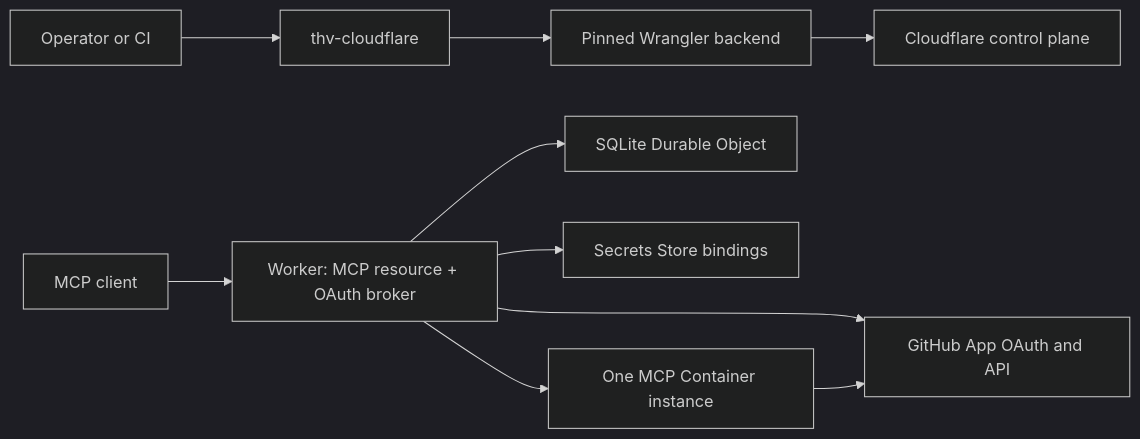
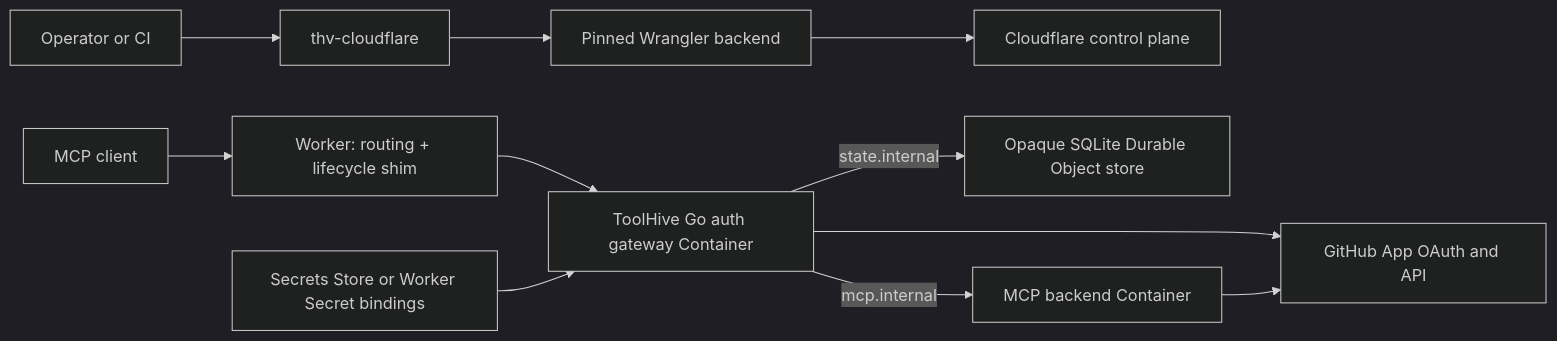
One commit to stacklok/toolhive-rfcs changed the first of 3 diagrams in rfcs/THV-0082-cloudflare-deployment.md. Above: the diagram before and after it, drawn with Mermaid (dark theme). The commit also changed other lines of this file, not shown here.

````diff
--- a/rfcs/THV-0082-cloudflare-deployment.md
+++ b/rfcs/THV-0082-cloudflare-deployment.md
@@ -119,13 +155,14 @@
 ```mermaid
 flowchart LR
     Operator["Operator or CI"] --> CLI["thv-cloudflare"]
     CLI --> Wrangler["Pinned Wrangler backend"]
     Wrangler --> CF["Cloudflare control plane"]
 
-    Client["MCP client"] --> Worker["Worker: MCP resource + OAuth broker"]
-    Worker --> AuthState["SQLite Durable Object"]
-    Worker --> Secrets["Secrets Store bindings"]
-    Worker --> GitHub["GitHub App OAuth and API"]
-    Worker --> Container["One MCP Container instance"]
+    Client["MCP client"] --> Worker["Worker: routing + lifecycle shim"]
+    Worker --> Gateway["ToolHive Go auth gateway Container"]
+    Secrets["Secrets Store or Worker Secret bindings"] --> Gateway
+    Gateway -->|"state.internal"| AuthState["Opaque SQLite Durable Object store"]
+    Gateway --> GitHub["GitHub App OAuth and API"]
+    Gateway -->|"mcp.internal"| Container["MCP backend Container"]
     Container --> GitHub
 ```
````
